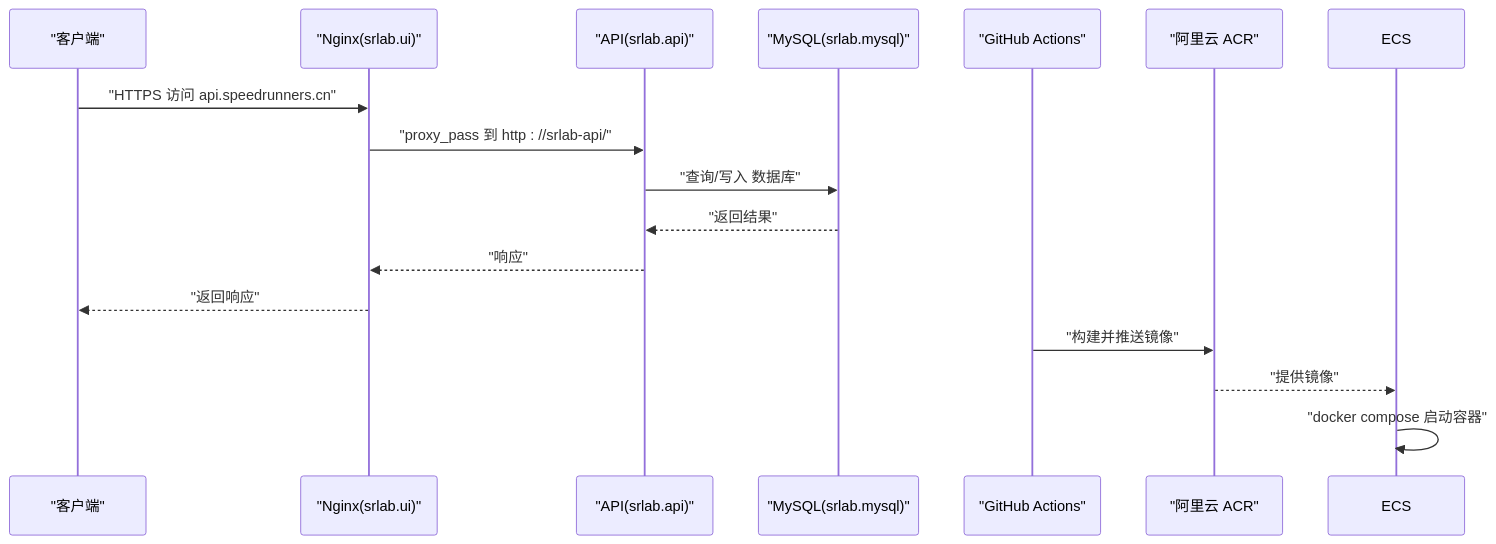
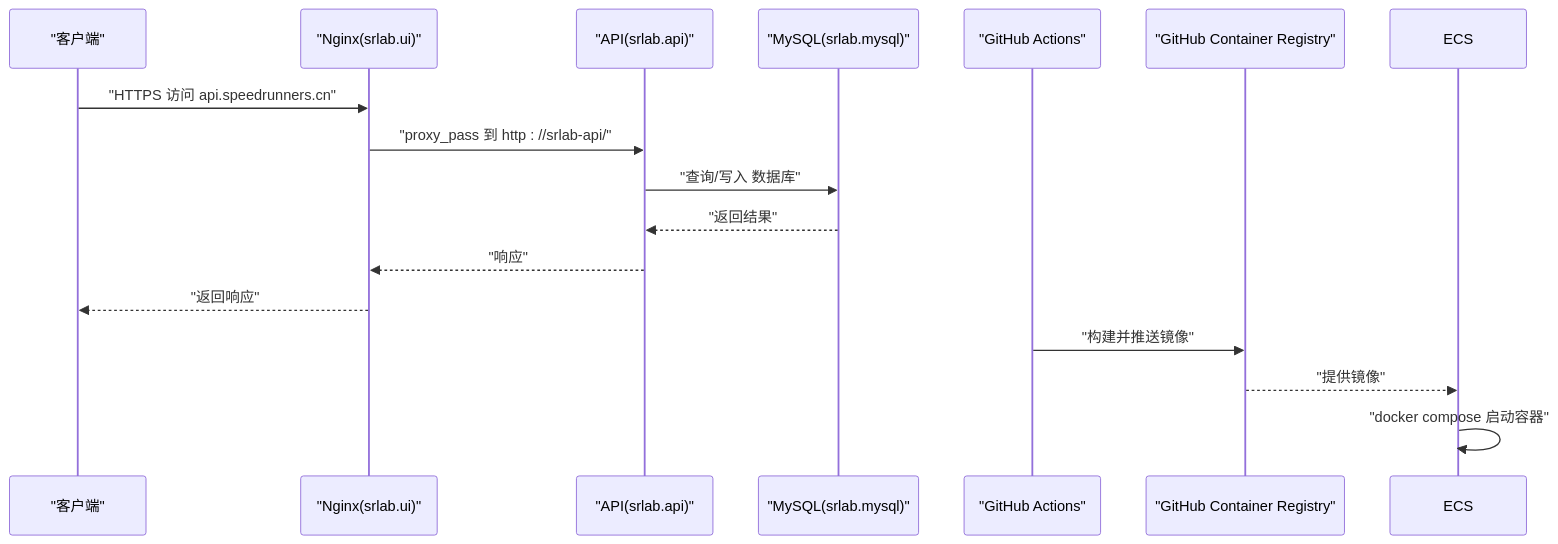
The second of 4 diagrams in .qoder/repowiki/zh/content/部署运维.md (TinyMaD/SpeedRunnersLab), drawn with Mermaid before and after one commit. The commit also changed other lines of this file and 13 other files, not shown here.

Commit message:
feat(deploy): 新增部署迁移脚本与图表交互优化

````diff
--- a/.qoder/repowiki/zh/content/部署运维.md
+++ b/.qoder/repowiki/zh/content/部署运维.md
@@ -125,18 +135,18 @@
 ```mermaid
 sequenceDiagram
 participant C as "客户端"
 participant N as "Nginx(srlab.ui)"
 participant A as "API(srlab.api)"
 participant DB as "MySQL(srlab.mysql)"
 participant GHA as "GitHub Actions"
-participant ACR as "阿里云 ACR"
+participant GHCR as "GitHub Container Registry"
 C->>N : "HTTPS 访问 api.speedrunners.cn"
 N->>A : "proxy_pass 到 http : //srlab-api/"
 A->>DB : "查询/写入 数据库"
 DB-->>A : "返回结果"
 A-->>N : "响应"
 N-->>C : "返回响应"
-GHA->>ACR : "构建并推送镜像"
-ACR-->>ECS : "提供镜像"
+GHA->>GHCR : "构建并推送镜像"
+GHCR-->>ECS : "提供镜像"
 ECS->>ECS : "docker compose 启动容器"
 ```
````
